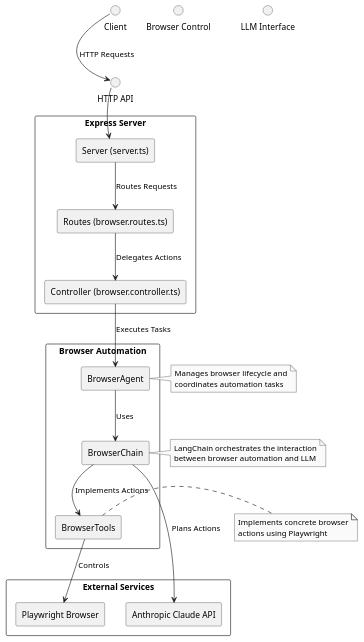
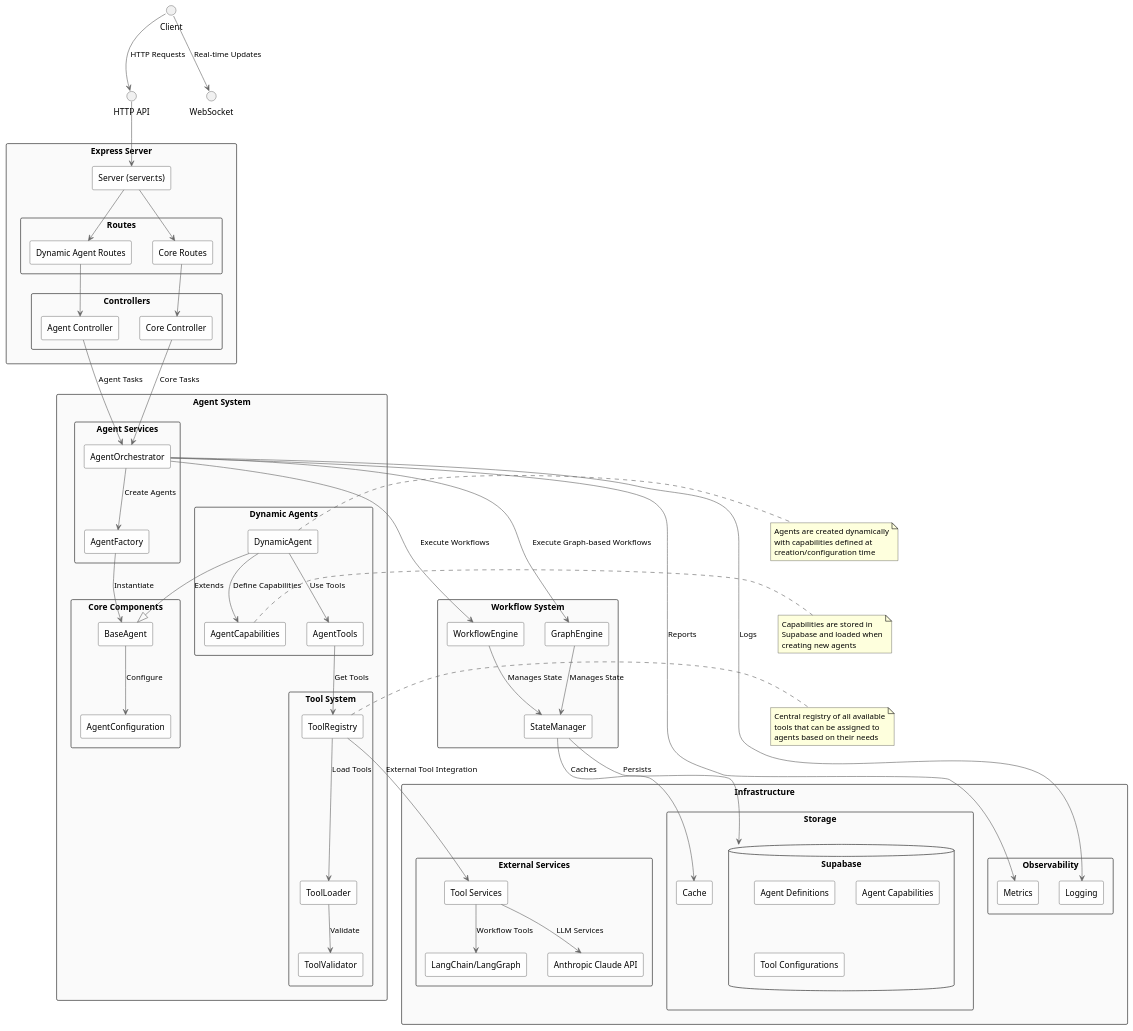
The diagram in apps/server/docs/server-agent-architecture.puml (m0nq/cloud-people), drawn with PlantUML before and after one commit. The commit also changed 11 other files, not shown here.

Commit message:
Updated and added necessary diagramming documentation

```diff
--- a/apps/server/docs/server-agent-architecture.puml
+++ b/apps/server/docs/server-agent-architecture.puml
@@ -1,63 +1,142 @@
 @startuml Server Architecture
 
 ' Styling
 skinparam componentStyle rectangle
 skinparam packageStyle rectangle
 skinparam backgroundColor white
-skinparam monochrome true
+skinparam ArrowColor #666666
+skinparam ComponentBackgroundColor #FEFEFE
+skinparam PackageBackgroundColor #FAFAFA
 
 ' Components
 package "Express Server" {
     [Server (server.ts)] as Server
-    [Routes (browser.routes.ts)] as Routes
-    [Controller (browser.controller.ts)] as Controller
+    
+    package "Routes" {
+        [Dynamic Agent Routes] as AgentRoutes
+        [Core Routes] as CoreRoutes
+    }
+    
+    package "Controllers" {
+        [Agent Controller] as AgentController
+        [Core Controller] as CoreController
+    }
 }
 
-package "Browser Automation" {
-    [BrowserAgent] as Agent
-    [BrowserChain] as Chain
-    [BrowserTools] as Tools
+package "Agent System" {
+    package "Core Components" {
+        [BaseAgent] as BaseAgent
+        [AgentConfiguration] as AgentConfig
+    }
+    
+    package "Dynamic Agents" {
+        [DynamicAgent] as DynamicAgent
+        [AgentCapabilities] as AgentCap
+        [AgentTools] as AgentTools
+    }
+    
+    package "Tool System" {
+        [ToolRegistry] as ToolRegistry
+        [ToolLoader] as ToolLoader
+        [ToolValidator] as ToolValidator
+    }
+    
+    package "Agent Services" {
+        [AgentFactory] as AgentFactory
+        [AgentOrchestrator] as AgentOrchestrator
+    }
 }
 
-package "External Services" {
-    [Playwright Browser] as Browser
-    [Anthropic Claude API] as Claude
+package "Workflow System" {
+    [WorkflowEngine] as WorkflowEngine
+    [GraphEngine] as GraphEngine
+    [StateManager] as StateManager
+}
+
+package "Infrastructure" {
+    package "External Services" {
+        [LangChain/LangGraph] as LangChain
+        [Anthropic Claude API] as Claude
+        [Tool Services] as ToolServices
+    }
+    
+    package "Storage" {
+        database "Supabase" as Supabase {
+            [Agent Definitions] as AgentDefs
+            [Agent Capabilities] as CapabilitiesStore
+            [Tool Configurations] as ToolConfigs
+        }
+        [Cache] as Cache
+    }
+    
+    package "Observability" {
+        [Metrics] as Metrics
+        [Logging] as Logging
+    }
 }
 
 ' Interfaces
 interface "HTTP API" as API
-interface "Browser Control" as BrowserControl
-interface "LLM Interface" as LLMInterface
+interface "WebSocket" as WS
 
 ' Dependencies and Relationships
 Client --> API : HTTP Requests
+Client --> WS : Real-time Updates
+
 API --> Server
-Server --> Routes : Routes Requests
-Routes --> Controller : Delegates Actions
-Controller --> Agent : Executes Tasks
-Agent --> Chain : Uses
-Chain --> Tools : Implements Actions
-Tools --> Browser : Controls
-Chain --> Claude : Plans Actions
+Server --> AgentRoutes
+Server --> CoreRoutes
+
+AgentRoutes --> AgentController
+CoreRoutes --> CoreController
+
+AgentController --> AgentOrchestrator : Agent Tasks
+CoreController --> AgentOrchestrator : Core Tasks
+
+AgentOrchestrator --> AgentFactory : Create Agents
+AgentOrchestrator --> WorkflowEngine : Execute Workflows
+AgentOrchestrator --> GraphEngine : Execute Graph-based Workflows
+
+AgentFactory --> BaseAgent : Instantiate
+BaseAgent --> AgentConfig : Configure
+DynamicAgent --|> BaseAgent : Extends
+
+DynamicAgent --> AgentCap : Define Capabilities
+DynamicAgent --> AgentTools : Use Tools
+
+AgentTools --> ToolRegistry : Get Tools
+ToolRegistry --> ToolLoader : Load Tools
+ToolLoader --> ToolValidator : Validate
+
+ToolRegistry --> ToolServices : External Tool Integration
+ToolServices --> Claude : LLM Services
+ToolServices --> LangChain : Workflow Tools
+
+WorkflowEngine --> StateManager : Manages State
+GraphEngine --> StateManager : Manages State
+StateManager --> Supabase : Persists
+StateManager --> Cache : Caches
+
+AgentOrchestrator --> Metrics : Reports
+AgentOrchestrator --> Logging : Logs
 
 ' Notes
-note right of Chain
-  LangChain orchestrates the interaction
-  between browser automation and LLM
+note right of DynamicAgent
+  Agents are created dynamically
+  with capabilities defined at
+  creation/configuration time
 end note
 
-note right of Agent
-  Manages browser lifecycle and
-  coordinates automation tasks
+note right of ToolRegistry
+  Central registry of all available
+  tools that can be assigned to
+  agents based on their needs
 end note
 
-note right of Tools
-  Implements concrete browser
-  actions using Playwright
+note right of AgentCap
+  Capabilities are stored in
+  Supabase and loaded when
+  creating new agents
 end note
 
-' Layout Hints
-Client -[hidden]-> API
-API -[hidden]-> Server
-
 @enduml
```
